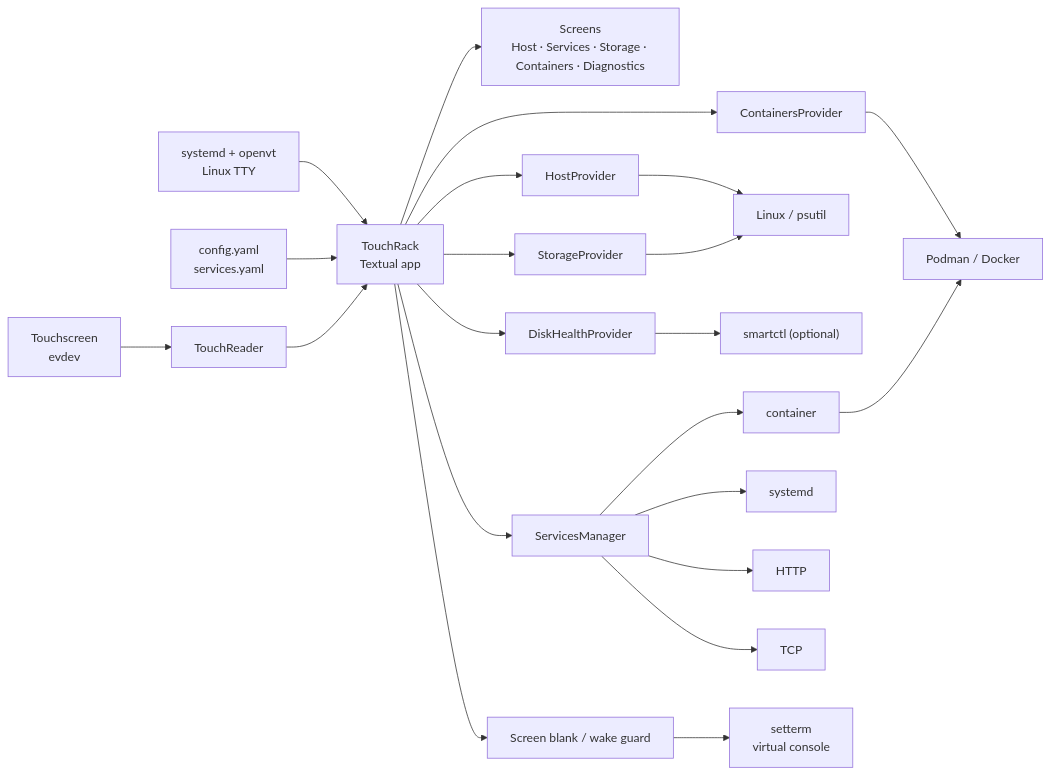
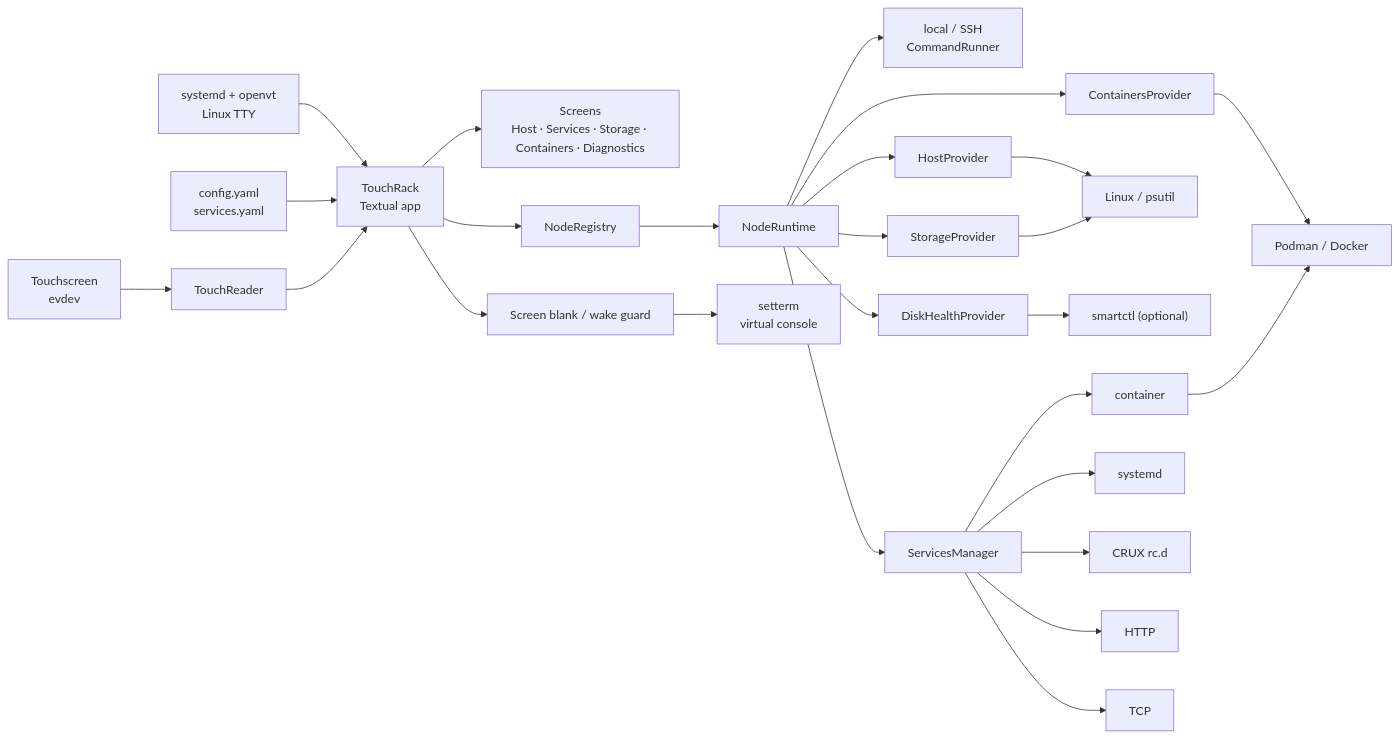
The diagram in README.md (pitill0/touchrack), drawn with Mermaid before and after one commit. The commit also changed other lines of this file and 63 other files, not shown here.

````diff
--- a/README.md
+++ b/README.md
@@ -223,31 +275,35 @@
 ```mermaid
 flowchart LR
     SYS["systemd + openvt<br/>Linux TTY"] --> APP["TouchRack<br/>Textual app"]
     CFG["config.yaml<br/>services.yaml"] --> APP
 
     TOUCH["Touchscreen<br/>evdev"] --> TR["TouchReader"]
     TR --> APP
 
     APP --> UI["Screens<br/>Host · Services · Storage · Containers · Diagnostics"]
 
-    APP --> HOST["HostProvider"]
-    APP --> STORE["StorageProvider"]
-    APP --> SMART["DiskHealthProvider"]
-    APP --> CONT["ContainersProvider"]
-    APP --> SM["ServicesManager"]
+    APP --> NR["NodeRegistry"]
+    NR --> RUN["NodeRuntime"]
+    RUN --> TRANS["local / SSH<br/>CommandRunner"]
+    RUN --> HOST["HostProvider"]
+    RUN --> STORE["StorageProvider"]
+    RUN --> SMART["DiskHealthProvider"]
+    RUN --> CONT["ContainersProvider"]
+    RUN --> SM["ServicesManager"]
 
     HOST --> LINUX["Linux / psutil"]
     STORE --> LINUX
     SMART --> SCT["smartctl (optional)"]
     CONT --> ENGINE["Podman / Docker"]
 
     SM --> CP["container"]
     SM --> SP["systemd"]
+    SM --> CR["CRUX rc.d"]
     SM --> HP["HTTP"]
     SM --> TP["TCP"]
 
     CP --> ENGINE
 
     APP --> BLANK["Screen blank / wake guard"]
     BLANK --> VC["setterm<br/>virtual console"]
 ```
````
